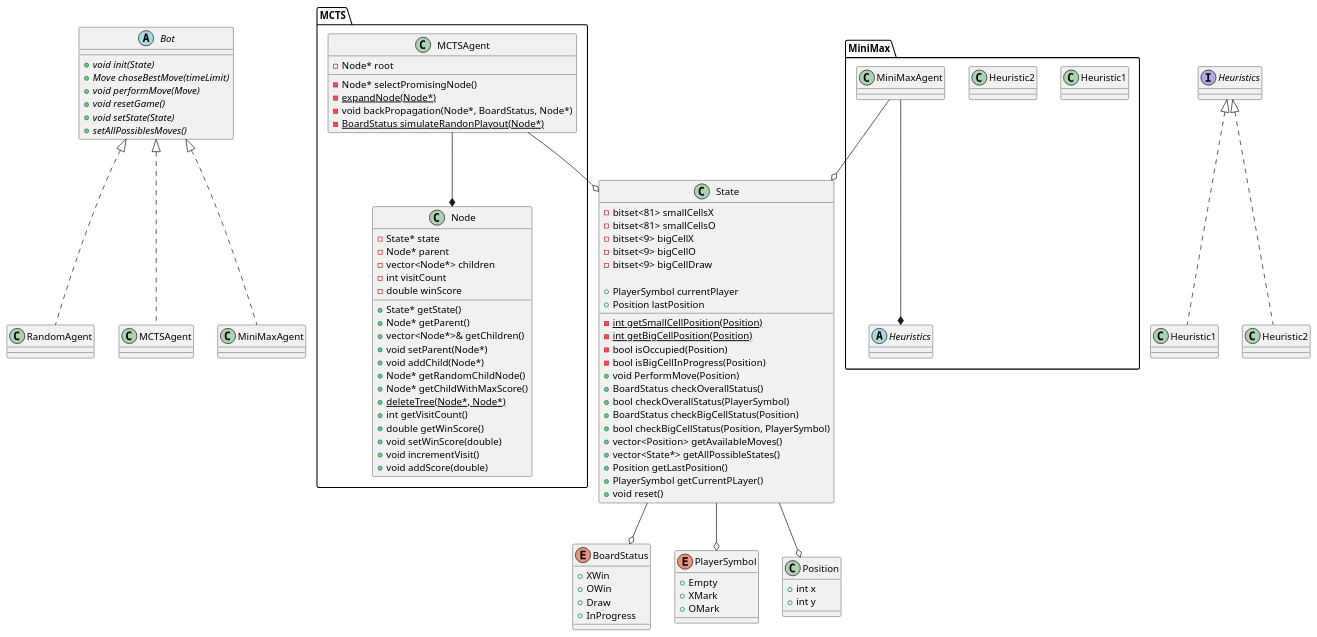
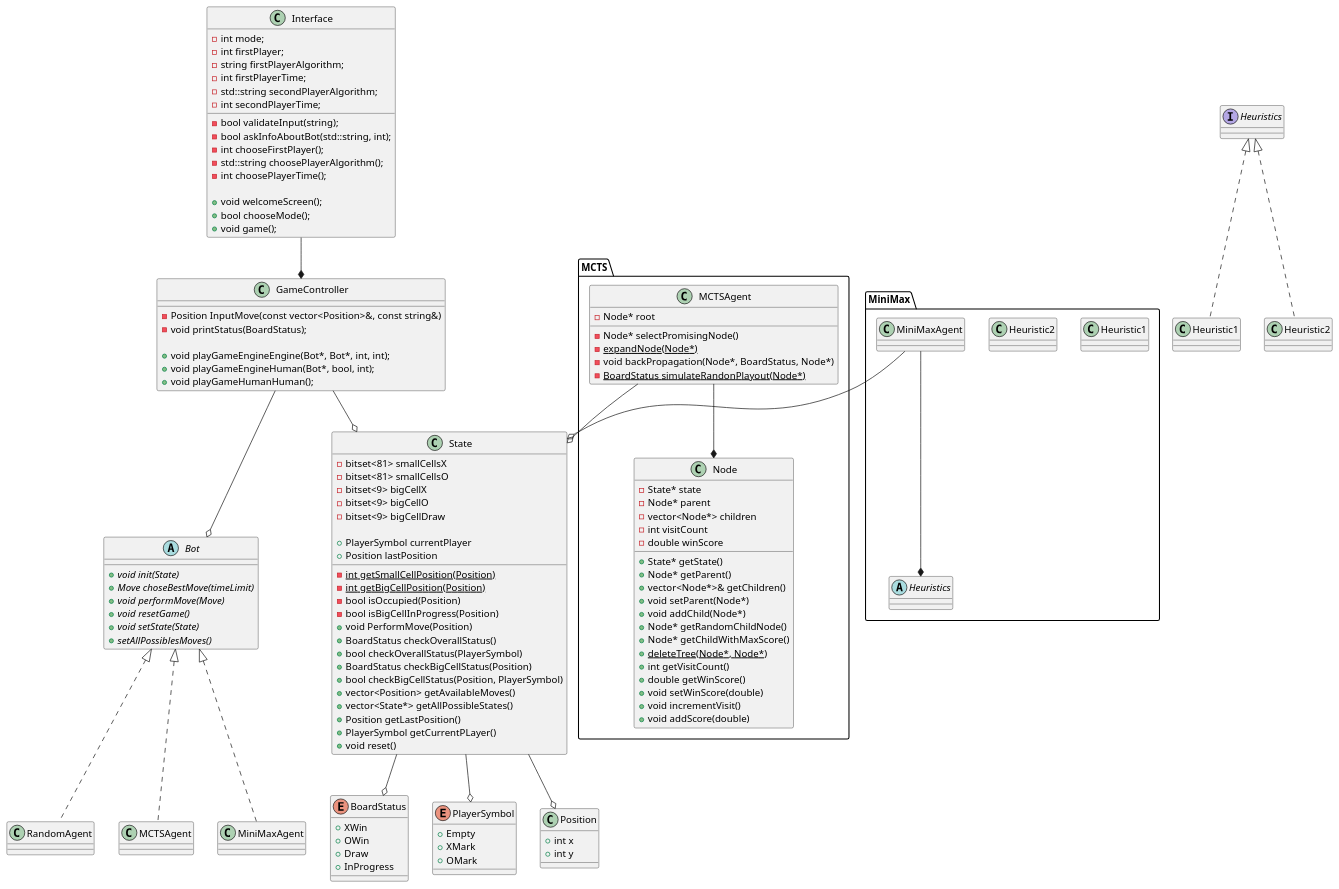
One commit to GlebNM/TicTacToe changed the diagram in classes.puml. Above: the diagram before and after it, drawn with PlantUML.

Commit message:
add GameController and Interface to UML

```diff
--- a/classes.puml
+++ b/classes.puml
@@ -1,118 +1,148 @@
 @startuml classes
 
 abstract Bot {
     {abstract} +void init(State)
     {abstract} +Move choseBestMove(timeLimit)
     {abstract} +void performMove(Move)
     {abstract} +void resetGame()
     {abstract} +void setState(State)
     {abstract} +setAllPossiblesMoves()
 }
 
 enum BoardStatus {
     + XWin
     + OWin
     + Draw
     + InProgress
 }
 
 enum PlayerSymbol {
     + Empty
     + XMark
     + OMark
 }
 
 class Position {
     + int x
     + int y
 }
 package MCTS {
     class MCTSAgent {
         -Node* root
         -Node* selectPromisingNode()
         -{static} expandNode(Node*)
         -void backPropagation(Node*, BoardStatus, Node*)
         -{static} BoardStatus simulateRandonPlayout(Node*)
     }
     class Node {
         -State* state
         -Node* parent
         -vector<Node*> children
         -int visitCount
         -double winScore
 
         +State* getState()
         +Node* getParent()
         +vector<Node*>& getChildren()
         +void setParent(Node*)
         +void addChild(Node*)
         +Node* getRandomChildNode()
         +Node* getChildWithMaxScore()
         +{static} deleteTree(Node*, Node*)
         +int getVisitCount()
         +double getWinScore()
         +void setWinScore(double)
         +void incrementVisit()
         +void addScore(double)
     }
 }
 
 MCTSAgent --* Node
 
 class State {
     - bitset<81> smallCellsX
     - bitset<81> smallCellsO
     - bitset<9> bigCellX
     - bitset<9> bigCellO
     - bitset<9> bigCellDraw
     - {static} int getSmallCellPosition(Position)
     - {static} int getBigCellPosition(Position)
     - bool isOccupied(Position)
     - bool isBigCellInProgress(Position)
 
     + PlayerSymbol currentPlayer
     + Position lastPosition
     + void PerformMove(Position)
     + BoardStatus checkOverallStatus()
     + bool checkOverallStatus(PlayerSymbol)
     + BoardStatus checkBigCellStatus(Position)
     + bool checkBigCellStatus(Position, PlayerSymbol)
     + vector<Position> getAvailableMoves()
     + vector<State*> getAllPossibleStates()
     + Position getLastPosition()
     + PlayerSymbol getCurrentPLayer()
     + void reset()
 }
 
 State --o PlayerSymbol
 State --o Position
 State --o BoardStatus
 class RandomAgent {
     
 }
 package MiniMax {
     abstract Heuristics {
         
     }
 
     class Heuristic1 {
 
     }
 
     class Heuristic2 {
 
     }
     MiniMaxAgent --o State
     MCTSAgent --o State
     MiniMaxAgent --* Heuristics
 
 }
 
+class GameController {
+    - Position InputMove(const vector<Position>&, const string&)
+    - void printStatus(BoardStatus);
+
+    + void playGameEngineEngine(Bot*, Bot*, int, int);
+    + void playGameEngineHuman(Bot*, bool, int);
+    + void playGameHumanHuman();
+}
+
+class Interface {
+        - int mode;
+        - int firstPlayer;
+        - string firstPlayerAlgorithm;
+        - int firstPlayerTime;
+        - std::string secondPlayerAlgorithm;
+        - int secondPlayerTime;
+        - bool validateInput(string);
+        - bool askInfoAboutBot(std::string, int);
+        - int chooseFirstPlayer();
+        - std::string choosePlayerAlgorithm();
+        - int choosePlayerTime();
+
+        +void welcomeScreen();
+        +bool chooseMode();
+        +void game();
+}
+GameController --o Bot
+GameController --o State
+Interface --* GameController
+
 class MCTSAgent implements Bot
 class MiniMaxAgent implements Bot
 class RandomAgent implements Bot
 
 class Heuristic1 implements Heuristics
 class Heuristic2 implements Heuristics
 
 @enduml
```
